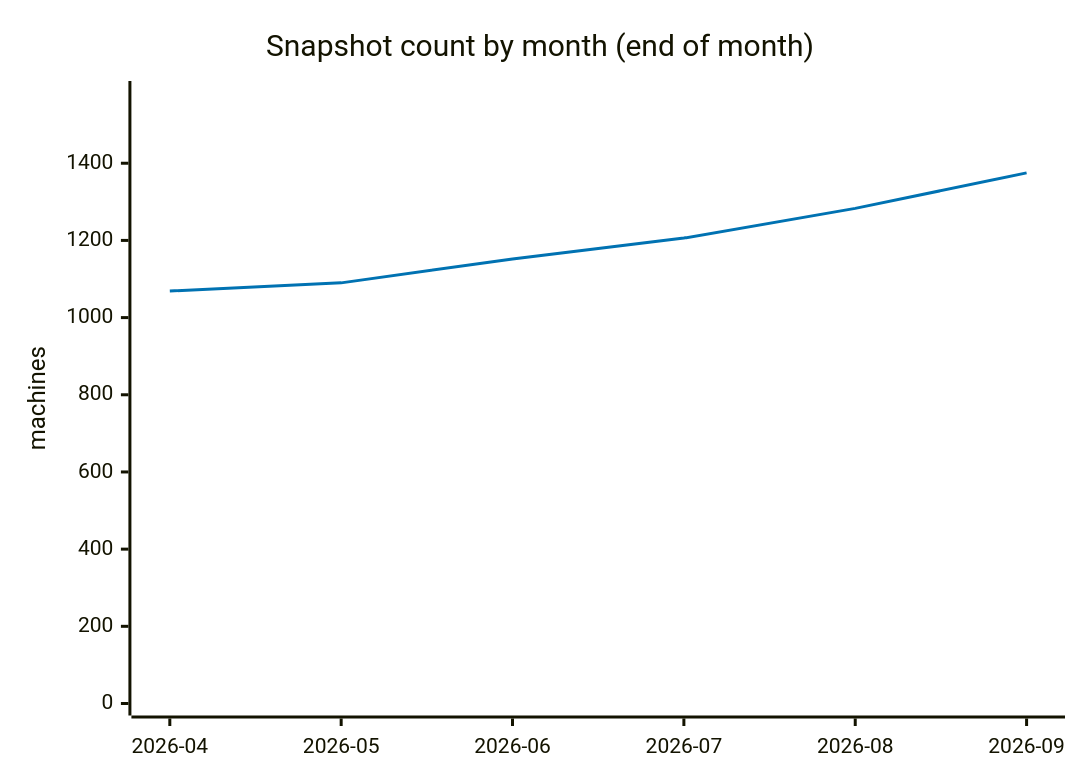
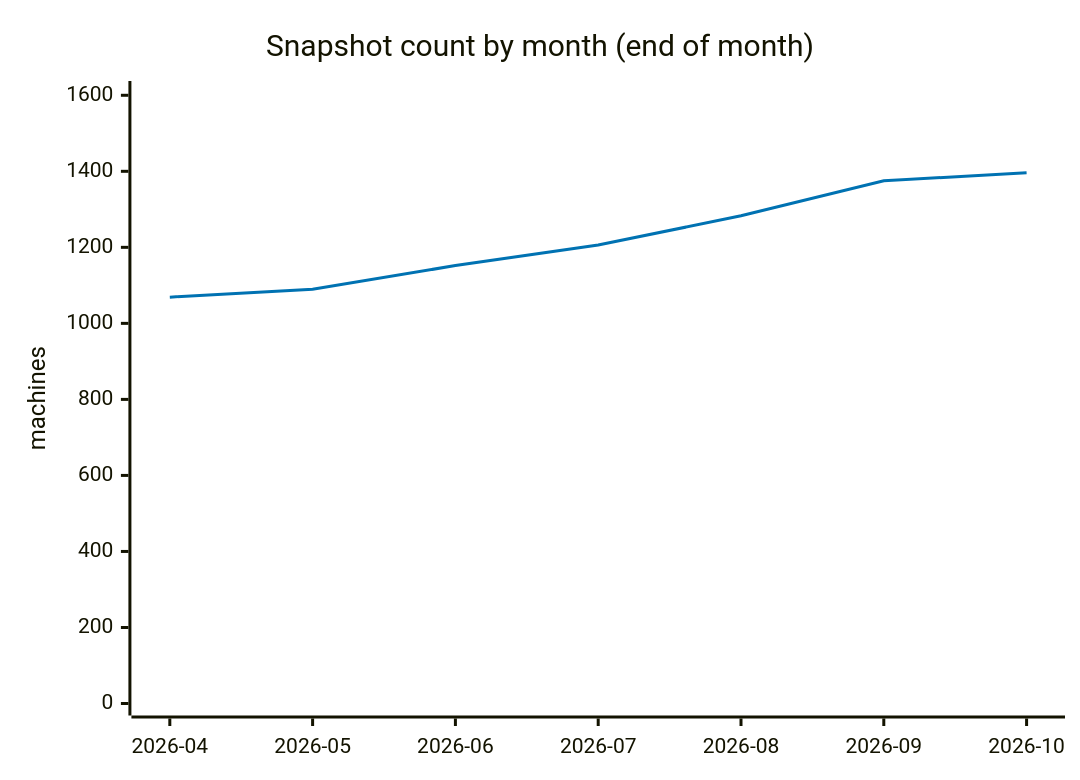
The fourth of 5 diagrams in ANALYSIS.md (cheeaun/returnright-data), drawn with Mermaid before and after one commit. The commit also changed other lines of this file and 4 other files, not shown here.

````diff
--- a/ANALYSIS.md
+++ b/ANALYSIS.md
@@ -249,13 +249,13 @@
 ```mermaid
 ---
 config:
   themeVariables:
     xyChart:
       plotColorPalette: "#0072B2"
 ---
 xychart-beta
     title "Snapshot count by month (end of month)"
-    x-axis ["2026-04", "2026-05", "2026-06", "2026-07", "2026-08", "2026-09"]
-    y-axis "machines" 0 --> 1582
-    line [1069, 1090, 1152, 1206, 1283, 1375]
+    x-axis ["2026-04", "2026-05", "2026-06", "2026-07", "2026-08", "2026-09", "2026-10"]
+    y-axis "machines" 0 --> 1606
+    line [1069, 1090, 1152, 1206, 1283, 1375, 1396]
 ```
````
